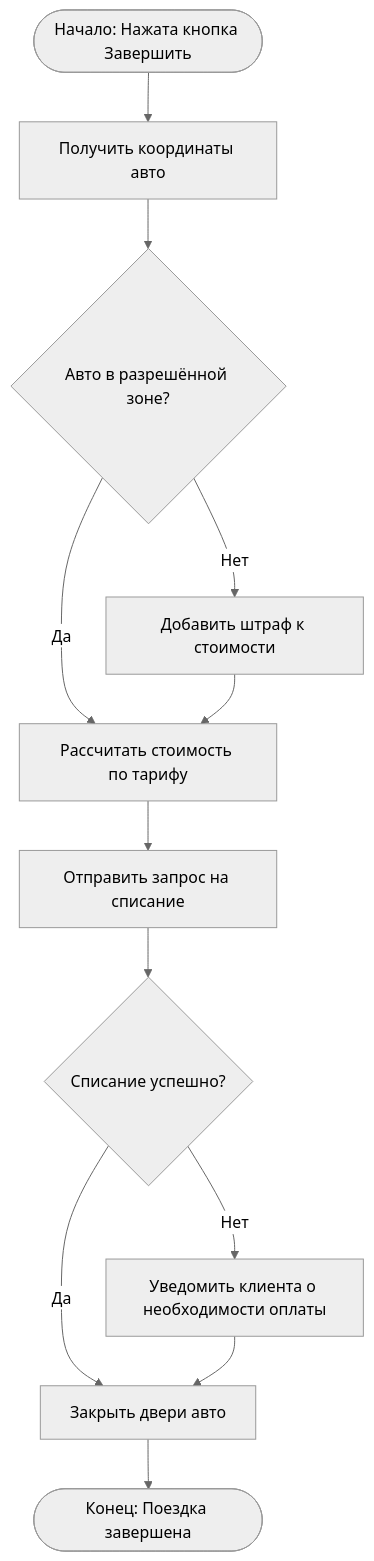
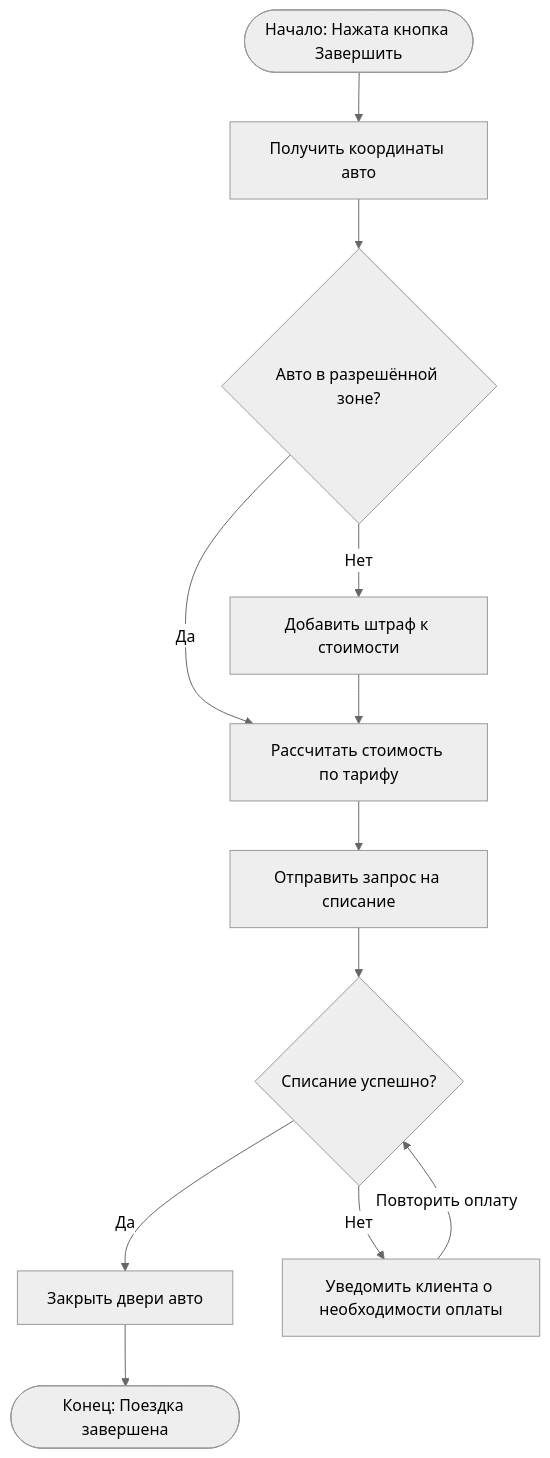
The diagram in lab1/docs/flowchart.md (kazakulyana58-dot/visual-programming-labs-kazak), drawn with Mermaid (neutral theme) before and after one commit.

````diff
--- a/lab1/docs/flowchart.md
+++ b/lab1/docs/flowchart.md
@@ -3,18 +3,18 @@
 ```mermaid
 flowchart TD
     A([Начало: Нажата кнопка Завершить]) --> B[Получить координаты авто]
     B --> C{Авто в разрешённой зоне?}
     
     C -- Да --> D[Рассчитать стоимость по тарифу]
     C -- Нет --> E[Добавить штраф к стоимости]
     E --> D
     
     D --> F[Отправить запрос на списание]
     F --> G{Списание успешно?}
     
     G -- Да --> H[Закрыть двери авто]
     G -- Нет --> I[Уведомить клиента о необходимости оплаты]
+    I -- Повторить оплату --> G{Списание успешно?}
     
-    I --> H
     H --> J([Конец: Поездка завершена])
 ```
````
